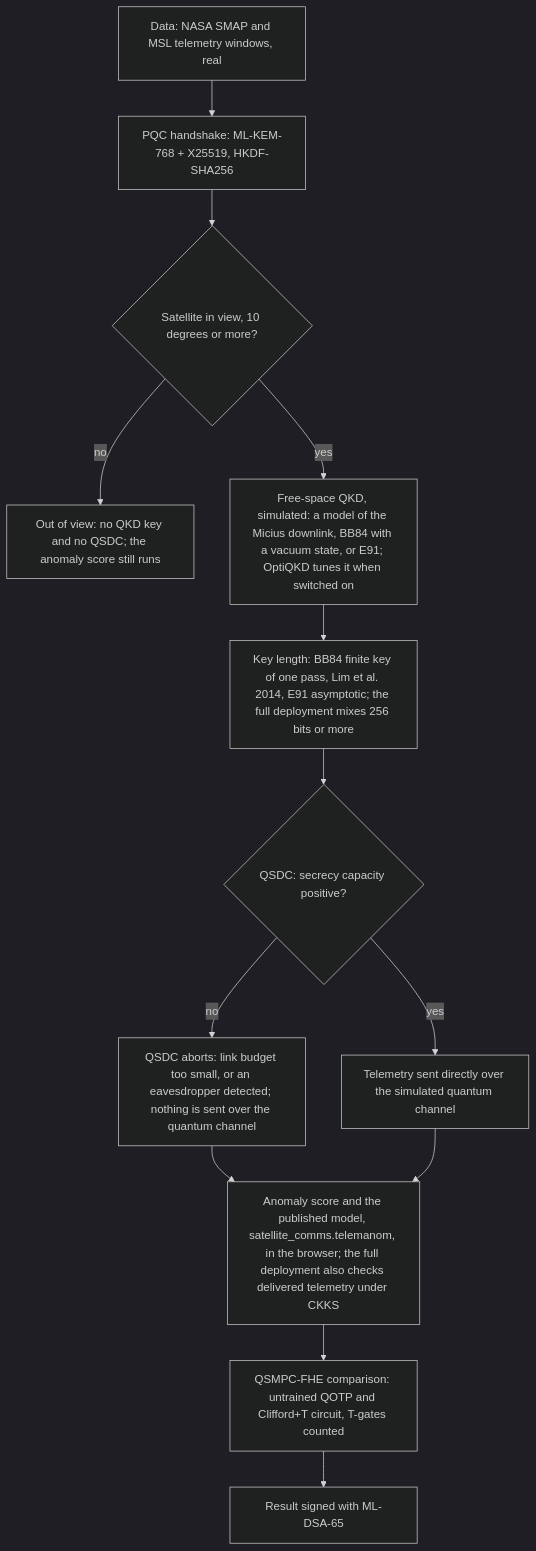
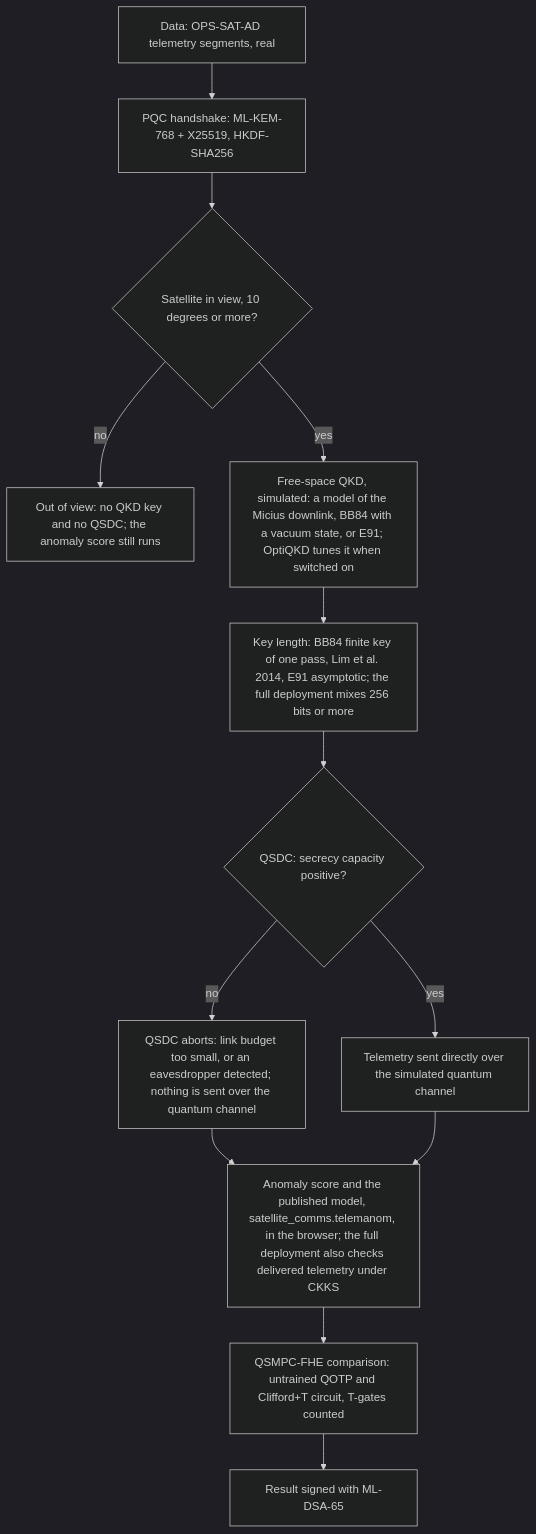
One commit to Quantum-Daemons/QSMPC-QKD-QHE-AI-Hybrid changed the seventh of 11 diagrams in README.md. Above: the diagram before and after it, drawn with Mermaid (dark theme). The commit also changed other lines of this file and 107 other files, not shown here.

````diff
--- a/README.md
+++ b/README.md
@@ -249,27 +249,27 @@
 ```mermaid
 flowchart TB
-  D["Data: NASA SMAP and MSL telemetry windows, real"]
+  D["Data: OPS-SAT-AD telemetry segments, real"]
   H["PQC handshake: ML-KEM-768 + X25519, HKDF-SHA256"]
   V{"Satellite in view, 10 degrees or more?"}
   NV["Out of view: no QKD key and no QSDC; the anomaly score still runs"]
   K["Free-space QKD, simulated: a model of the Micius downlink, BB84 with a vacuum state, or E91; OptiQKD tunes it when switched on"]
   L["Key length: BB84 finite key of one pass, Lim et al. 2014, E91 asymptotic; the full deployment mixes 256 bits or more"]
   QD{"QSDC: secrecy capacity positive?"}
   NA["QSDC aborts: link budget too small, or an eavesdropper detected; nothing is sent over the quantum channel"]
   T["Telemetry sent directly over the simulated quantum channel"]
   A["Anomaly score and the published model, satellite_comms.telemanom, in the browser; the full deployment also checks delivered telemetry under CKKS"]
   C["QSMPC-FHE comparison: untrained QOTP and Clifford+T circuit, T-gates counted"]
   S["Result signed with ML-DSA-65"]
   D --> H
   H --> V
   V -->|no| NV
   V -->|yes| K
   K --> L
   L --> QD
   QD -->|no| NA
   QD -->|yes| T
   NA --> A
   T --> A
   A --> C
   C --> S
 ```
````
